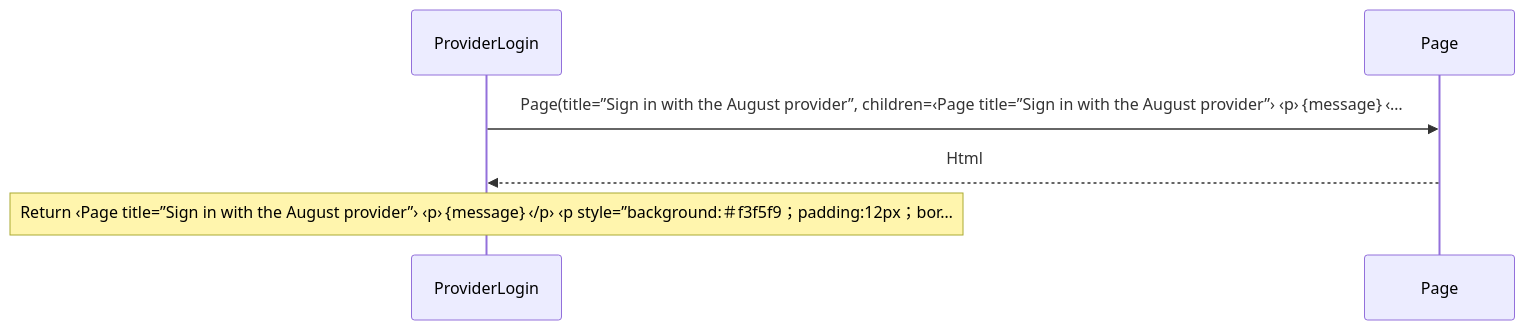
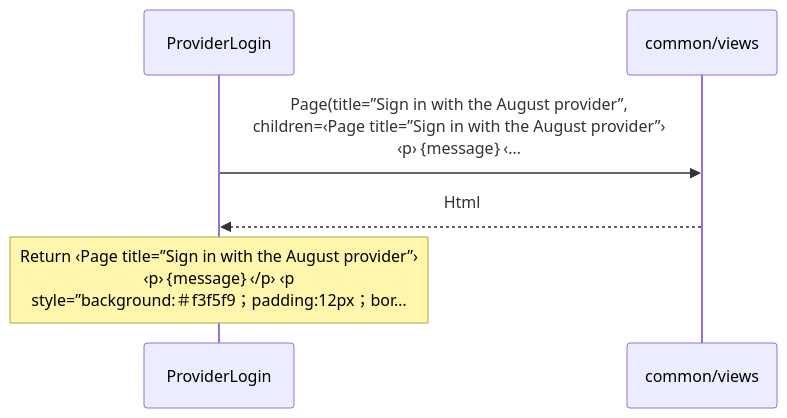
Before and after one commit to GreenPandaStudios/augscript: the second of 3 diagrams in docs/examples/oidc-login/provider/views-diagrams.md, drawn with Mermaid. The commit also changed other lines of this file and 200 other files, not shown here.

Commit message:
Group imported operations and wrap readable sequence messages

````diff
--- a/docs/examples/oidc-login/provider/views-diagrams.md
+++ b/docs/examples/oidc-login/provider/views-diagrams.md
@@ -41,8 +41,8 @@
 ```mermaid
 sequenceDiagram
     participant p0 as ProviderLogin
-    participant p1 as Page
-    p0->>p1: Page(title=”Sign in with the August provider”, children=‹Page title=”Sign in with the August provider”› ‹p›｛message｝‹…
+    participant p1 as common/views
+    p0->>p1: Page(title=”Sign in with the August provider”,<br/>children=‹Page title=”Sign in with the August provider”›<br/>‹p›｛message｝‹…
     p1-->>p0: Html
-    Note over p0: Return ‹Page title=”Sign in with the August provider”› ‹p›｛message｝‹/p› ‹p style=”background:＃f3f5f9；padding:12px；bor…
+    Note over p0: Return ‹Page title=”Sign in with the August provider”›<br/>‹p›｛message｝‹/p› ‹p<br/>style=”background:＃f3f5f9；padding:12px；bor…
 ```
````
